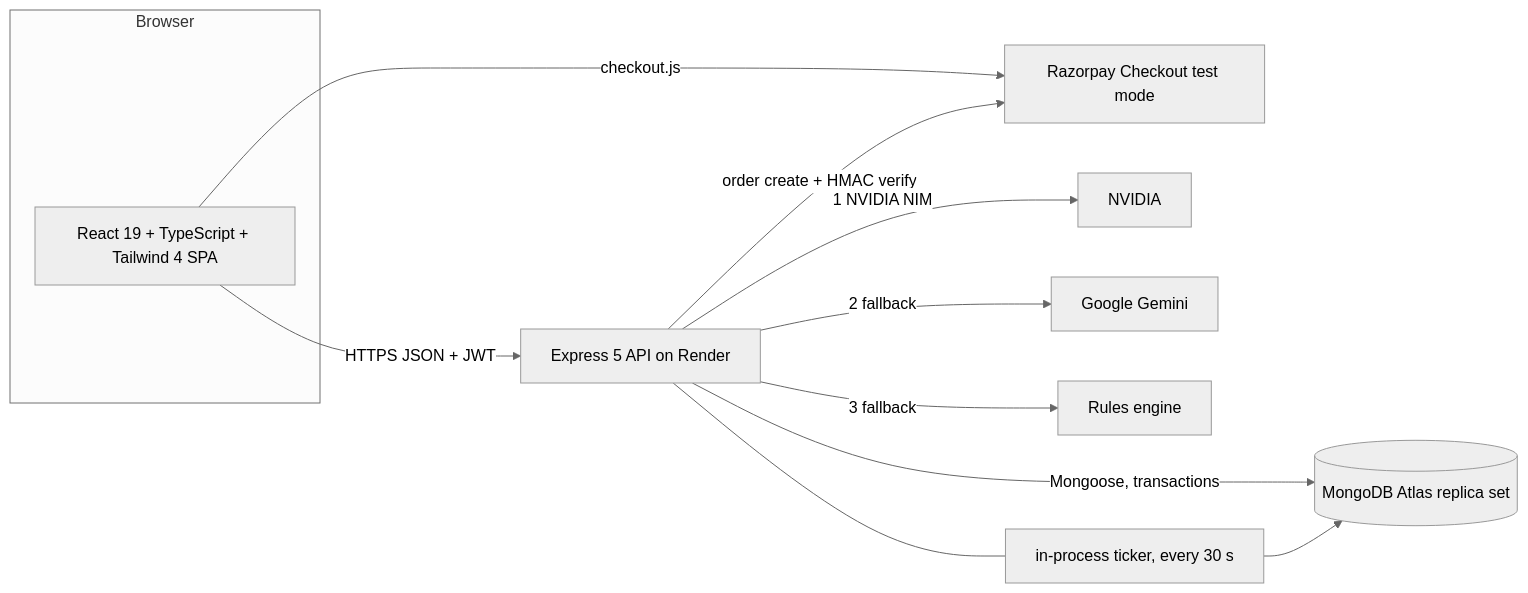
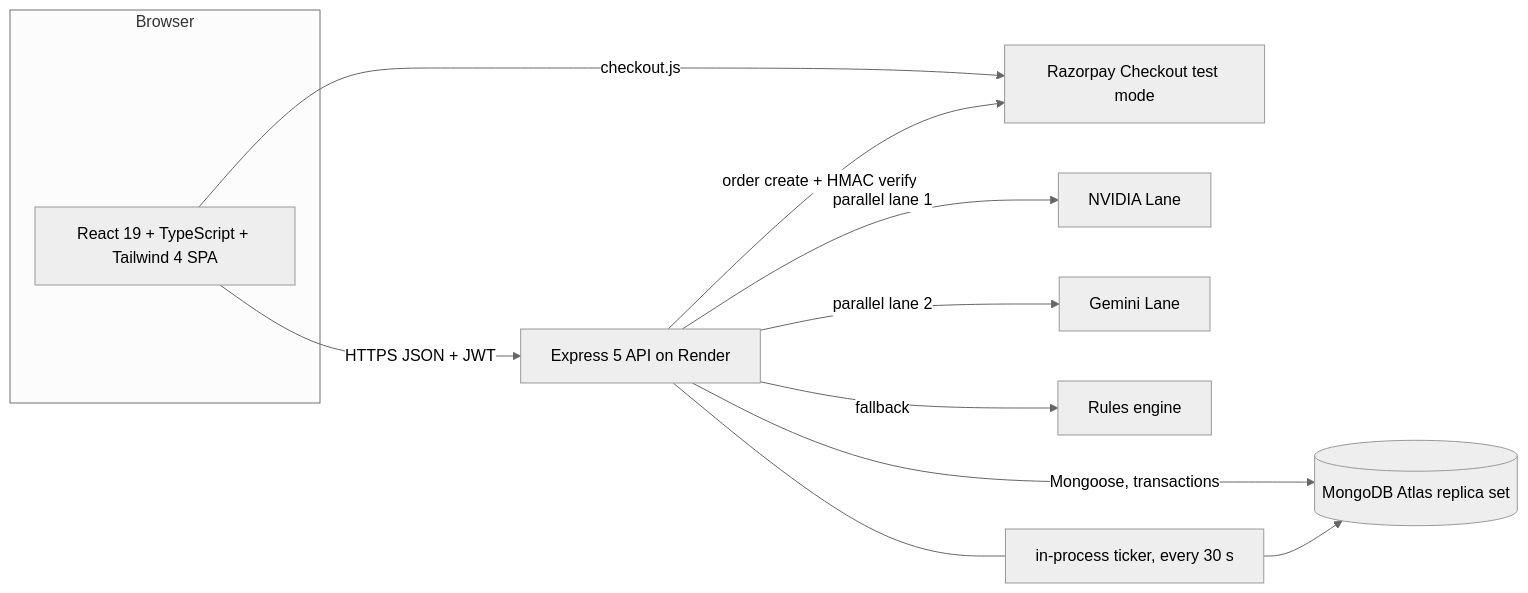
One commit to Manish-Yadav77/Zuryo_Fitness_App changed the first of 2 diagrams in README.md. Above: the diagram before and after it, drawn with Mermaid (neutral theme). The commit also changed other lines of this file, not shown here.

Commit message:
docs: update README for reschedule UI, audio buzzer, parallel AI, and IST timezone

````diff
--- a/README.md
+++ b/README.md
@@ -182,15 +185,16 @@
 ```mermaid
 flowchart LR
-  subgraph Browser
-    UI[React 19 + TypeScript + Tailwind 4 SPA]
-  end
-  UI -- HTTPS JSON + JWT --> API[Express 5 API on Render]
-  UI -- checkout.js --> RZP[Razorpay Checkout test mode]
-  API -- Mongoose, transactions --> DB[(MongoDB Atlas replica set)]
-  API -- order create + HMAC verify --> RZP
-  API -- 1 NVIDIA NIM --> AI1[NVIDIA]
-  API -- 2 fallback --> AI2[Google Gemini]
-  API -- 3 fallback --> RULES[Rules engine]
-  TICK[in-process ticker, every 30 s] --> DB
-  API --- TICK
+    subgraph Browser
+        UI[React 19 + TypeScript + Tailwind 4 SPA]
+    end
+    UI -- HTTPS JSON + JWT --> API[Express 5 API on Render]
+    UI -- checkout.js --> RZP[Razorpay Checkout test mode]
+    API -- Mongoose, transactions --> DB[(MongoDB Atlas replica set)]
+    API -- order create + HMAC verify --> RZP
+    API -- parallel lane 1 --> AI1[NVIDIA Lane]
+    API -- parallel lane 2 --> AI2[Gemini Lane]
+    API -- fallback --> RULES[Rules engine]
+    TICK[in-process ticker, every 30 s] --> DB
+    API --- TICK
+
 ```
````
